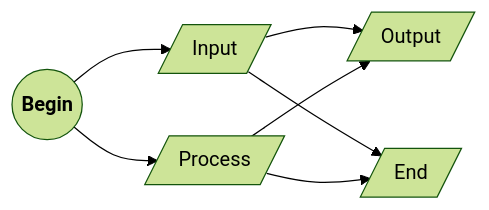
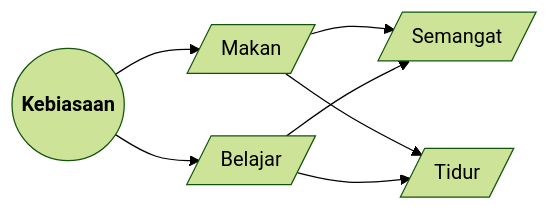
One commit to NerdyVandheka/lecture-notes changed the diagram in content/notes/hello-world.md. Above: the diagram before and after it, drawn with Mermaid (forest theme). The commit also changed other lines of this file, not shown here.

Commit message:
new post

```diff
--- a/content/notes/hello-world.md
+++ b/content/notes/hello-world.md
@@ -20,9 +20,9 @@
 {{< mermaid >}}
 flowchart LR
   B--> I & P --> O & E
-  B(("<b>Begin</b>"))
-  I[/"Input"/]
-  P[/"Process"/]
-  O[/"Output"/]
-  E[/"End"/]
+  B(("<b>Kebiasaan</b>"))
+  I[/"Makan"/]
+  P[/"Belajar"/]
+  O[/"Semangat"/]
+  E[/"Tidur"/]
 {{< /mermaid >}}
```
